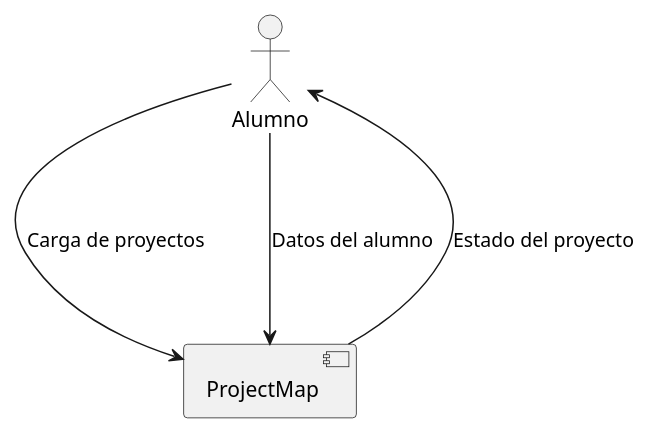
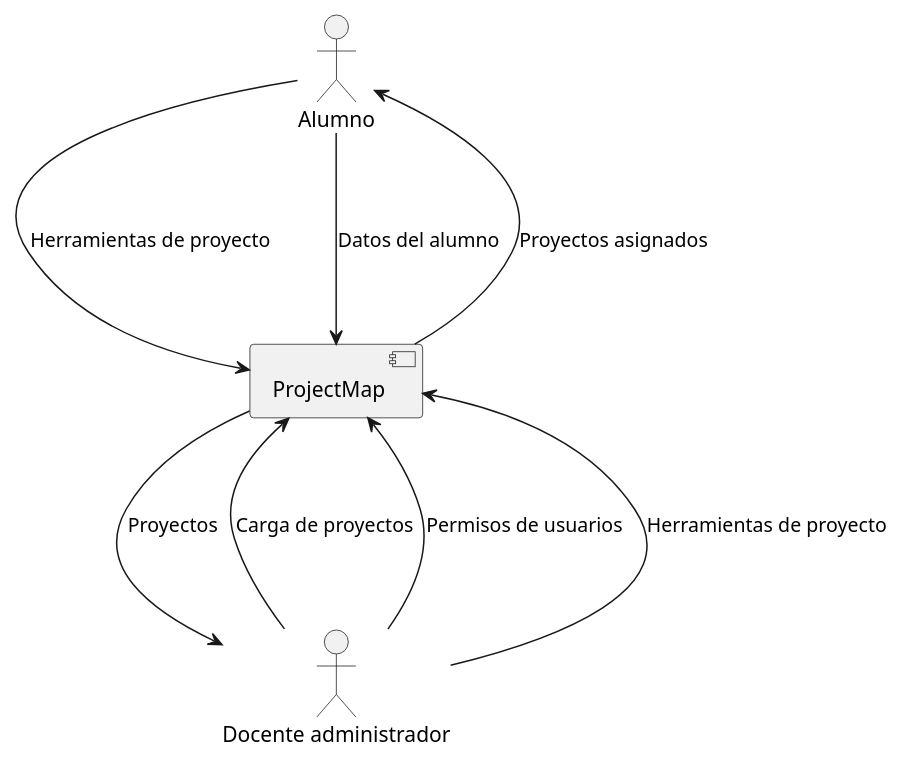
One commit to projectmaputnba/projectmap-backend changed the diagram in docs/usecases/usecases.puml. Above: the diagram before and after it, drawn with PlantUML.

```diff
--- a/docs/usecases/usecases.puml
+++ b/docs/usecases/usecases.puml
@@ -1,12 +1,18 @@
-@startuml projectMap
+@startuml
 skinparam componentStyle uml2
 
 :Alumno:
+:Docente administrador:
 
 [ProjectMap]
 
-:Alumno: ---> [ProjectMap] : Carga de proyectos
+:Docente administrador: ---> [ProjectMap] : Carga de proyectos
+:Docente administrador: ---> [ProjectMap] : Permisos de usuarios
+:Docente administrador: ---> [ProjectMap] : Herramientas de proyecto
+
+:Alumno: ---> [ProjectMap] : Herramientas de proyecto
 :Alumno: ---> [ProjectMap] : Datos del alumno
-[ProjectMap] ---> :Alumno: : Estado del proyecto
 
+[ProjectMap] ---> :Alumno: : Proyectos asignados
+[ProjectMap] ---> :Docente administrador: : Proyectos
 @enduml
```
